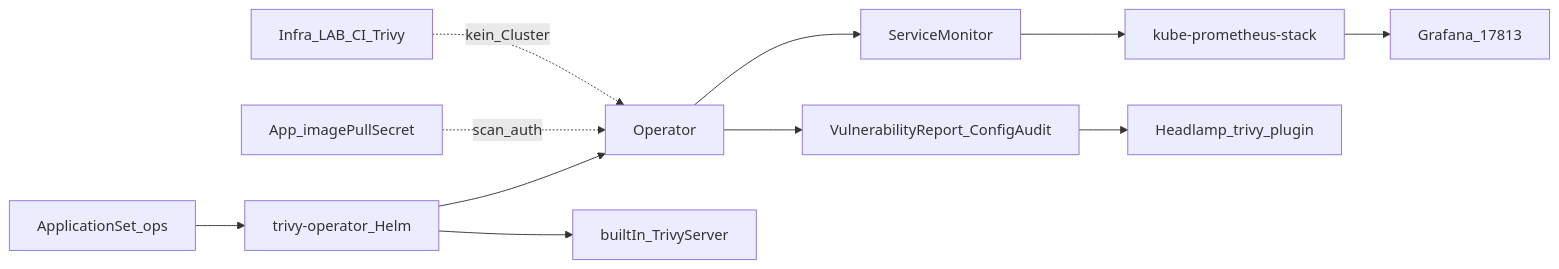
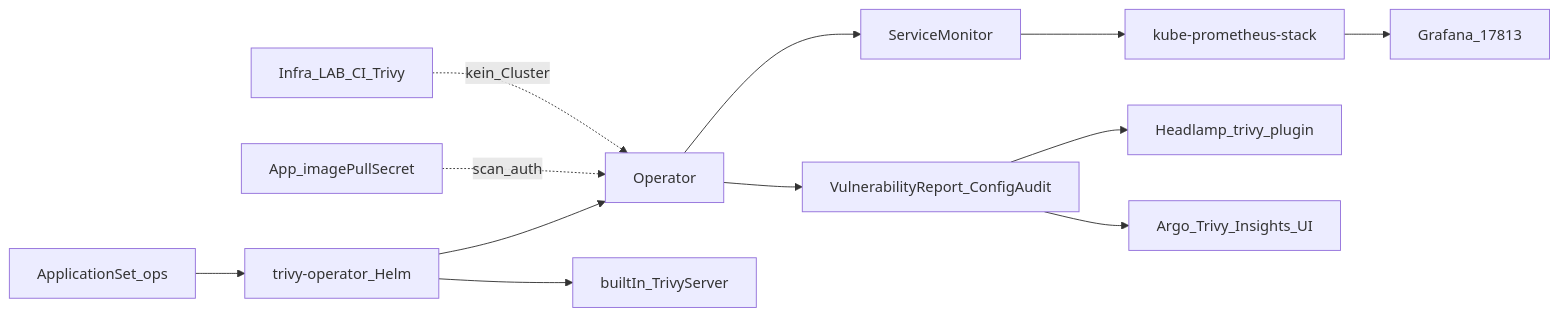
Before and after one commit to HenryHST/minilab: the diagram in docs/adr/0031-trivy-operator.md, drawn with Mermaid. The commit also changed other lines of this file and 13 other files, not shown here.

````diff
--- a/docs/adr/0031-trivy-operator.md
+++ b/docs/adr/0031-trivy-operator.md
@@ -27,13 +28,14 @@
 ```mermaid
 flowchart LR
   Argo[ApplicationSet_ops] --> Chart[trivy-operator_Helm]
   Chart --> Op[Operator]
   Chart --> Srv[builtIn_TrivyServer]
   Op --> CRs[VulnerabilityReport_ConfigAudit]
   Op --> SM[ServiceMonitor]
   SM --> Prom[kube-prometheus-stack]
   Prom --> Graf[Grafana_17813]
   CRs --> HL[Headlamp_trivy_plugin]
+  CRs --> ATI[Argo_Trivy_Insights_UI]
   Workload[App_imagePullSecret] -.->|scan_auth| Op
   CI[Infra_LAB_CI_Trivy] -.->|kein_Cluster| Op
 ```
````
